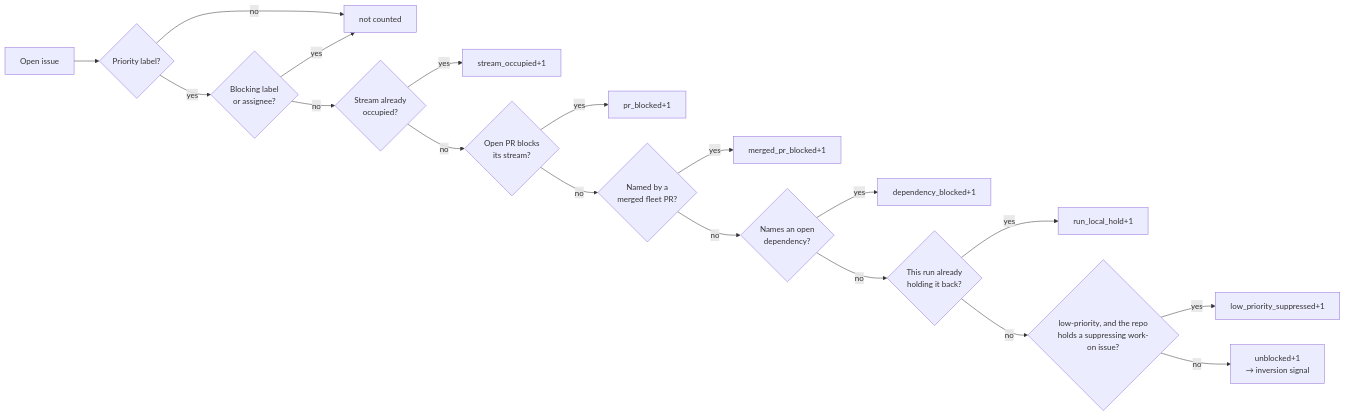
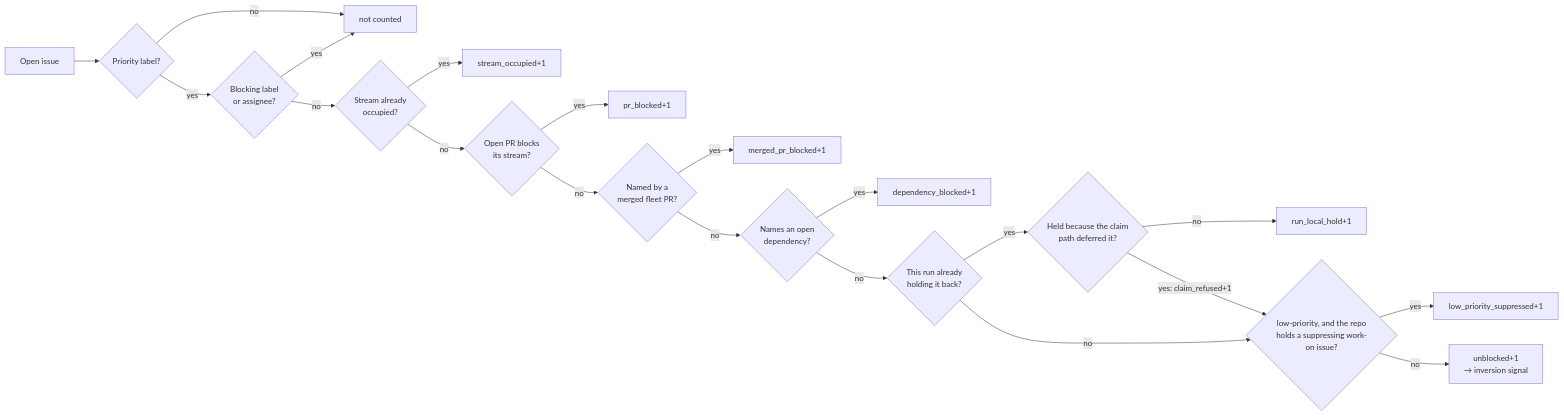
Before and after one commit to stSoftwareAU/VibeCoder: the sixth of 20 diagrams in docs/IDLE-TASK-FRAMEWORK.md, drawn with Mermaid. The commit also changed other lines of this file and 9 other files, not shown here.

First line of the commit message:
The idle-inversion escalation could not see work the claim path keeps deferring — a refused claim hid in run_local_hold (Issue #2405)

````diff
--- a/docs/IDLE-TASK-FRAMEWORK.md
+++ b/docs/IDLE-TASK-FRAMEWORK.md
@@ -836,20 +836,22 @@
 ```mermaid
 flowchart LR
     I[Open issue] --> L{Priority label?}
     L -- no --> X[not counted]
     L -- yes --> B{Blocking label<br/>or assignee?}
     B -- yes --> X
     B -- no --> S{Stream already<br/>occupied?}
     S -- yes --> SO["stream_occupied+1"]
     S -- no --> P{Open PR blocks<br/>its stream?}
     P -- yes --> PB["pr_blocked+1"]
     P -- no --> M{Named by a<br/>merged fleet PR?}
     M -- yes --> MB["merged_pr_blocked+1"]
     M -- no --> D{Names an open<br/>dependency?}
     D -- yes --> DB["dependency_blocked+1"]
     D -- no --> R{This run already<br/>holding it back?}
-    R -- yes --> RH["run_local_hold+1"]
+    R -- yes --> RD{Held because the claim<br/>path deferred it?}
+    RD -- no --> RH["run_local_hold+1"]
+    RD -- "yes: claim_refused+1" --> T
     R -- no --> T{"low-priority, and the repo<br/>holds a suppressing work-on issue?"}
     T -- yes --> TS["low_priority_suppressed+1"]
     T -- no --> U["unblocked+1<br/>→ inversion signal"]
 ```
````
